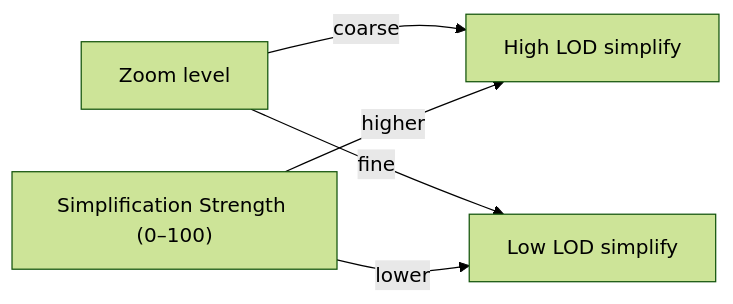
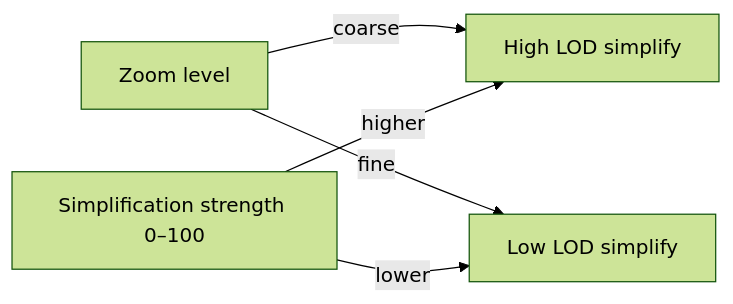
The third of 3 diagrams in spec/choropleth/quick-reference.md (maplumi/maplumi-pbi), drawn with Mermaid (forest theme) before and after one commit. The commit also changed other lines of this file and 4 other files, not shown here.

Commit message:
fix mermaid diagrams

````diff
--- a/spec/choropleth/quick-reference.md
+++ b/spec/choropleth/quick-reference.md
@@ -81,7 +81,7 @@
 ```mermaid
 flowchart LR
-  Z[Zoom level] -->|coarse| T[High LOD simplify]
-  Z -->|fine| U[Low LOD simplify]
-  S["Simplification Strength (0–100)"] -->|higher| T
+  Z["Zoom level"] -->|coarse| T["High LOD simplify"]
+  Z -->|fine| U["Low LOD simplify"]
+  S["Simplification strength 0–100"] -->|higher| T
   S -->|lower| U
 ```
````
